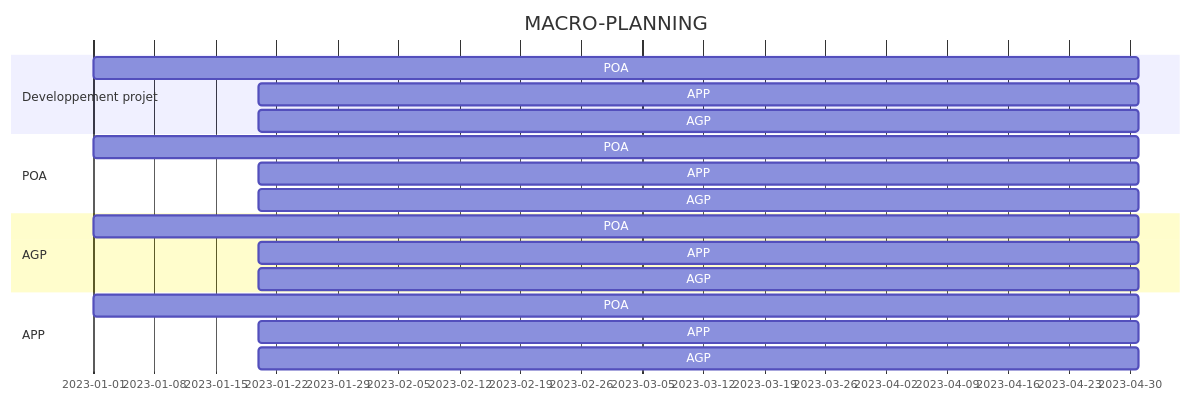
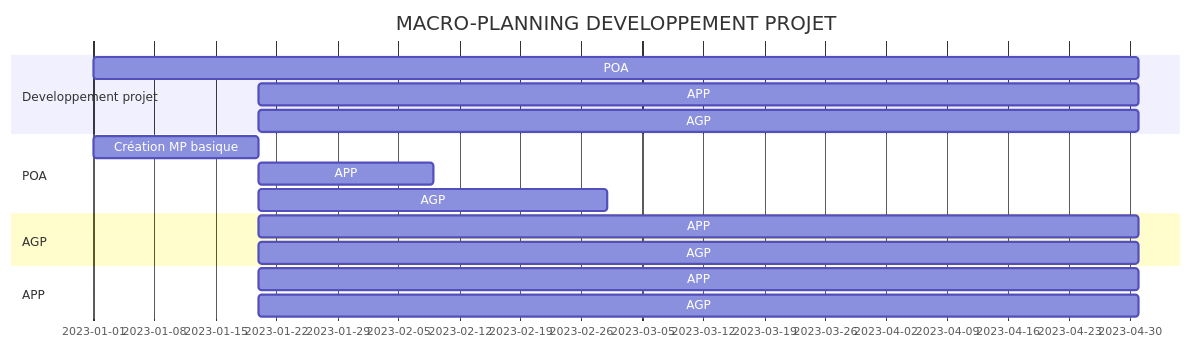
The second of 2 diagrams in readme.md (morganLantrade/TP_M1), drawn with Mermaid before and after one commit.

````diff
--- a/readme.md
+++ b/readme.md
@@ -95,26 +95,24 @@
 ```mermaid
 gantt
 dateFormat  YYYY-MM-DD
 
-title MACRO-PLANNING
+title MACRO-PLANNING DEVELOPPEMENT PROJET
 
 section Developpement projet
 POA               :2023-01-01,2023-05-01
 APP      :2023-01-20,2023-05-01
 AGP    :2023-01-20,2023-05-01
 
 section POA
-POA               :2023-01-01,2023-05-01
-APP      :2023-01-20,2023-05-01
-AGP    :2023-01-20,2023-05-01
+Création MP basique               :2023-01-01,2023-01-20
+APP      :2023-01-20,20d
+AGP    :2023-01-20,40d
 
 section AGP
-POA               :2023-01-01,2023-05-01
 APP      :2023-01-20,2023-05-01
 AGP    :2023-01-20,2023-05-01
 
 section APP
-POA               :2023-01-01,2023-05-01
 APP      :2023-01-20,2023-05-01
 AGP    :2023-01-20,2023-05-01
 ```
````
